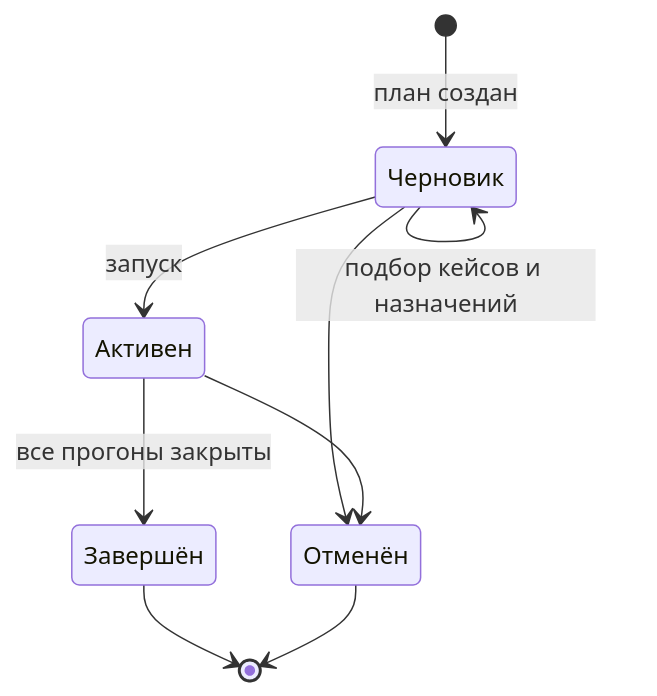
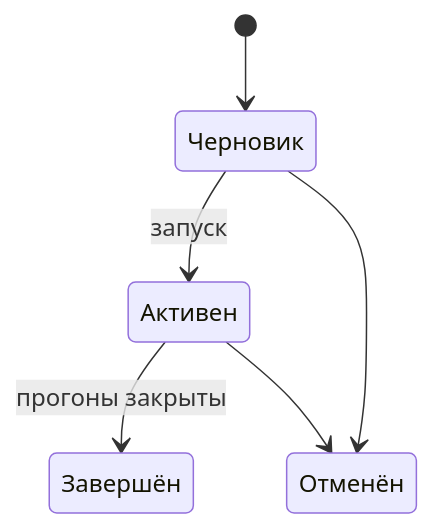
One commit to MEPhI-C22-501/arch-info-system-monorepo changed the fourth of 6 diagrams in qa/docs/vision.md. Above: the diagram before and after it, drawn with Mermaid. The commit also changed other lines of this file, not shown here.

Commit message:
docs(qa): refine vision diagrams and auto-defect details

````diff
--- a/qa/docs/vision.md
+++ b/qa/docs/vision.md
@@ -142,11 +153,8 @@
 ```mermaid
 stateDiagram-v2
-    [*] --> Черновик: план создан
-    Черновик --> Черновик: подбор кейсов и назначений
+    [*] --> Черновик
     Черновик --> Активен: запуск
-    Активен --> Завершён: все прогоны закрыты
+    Активен --> Завершён: прогоны закрыты
     Черновик --> Отменён
     Активен --> Отменён
-    Завершён --> [*]
-    Отменён --> [*]
 ```
````
